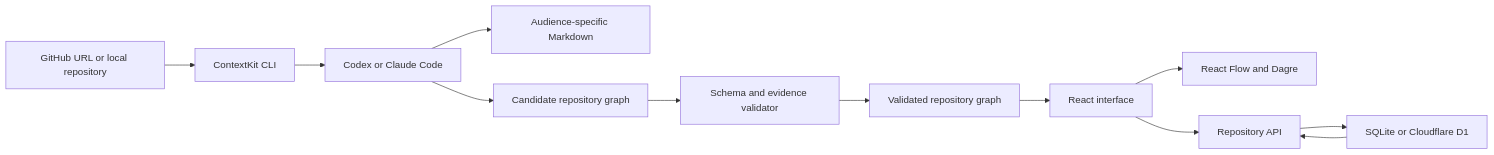
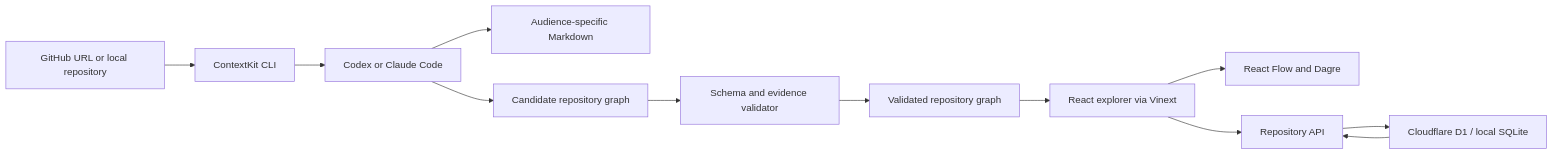
The diagram in README.md (nk-droid/contextkit), drawn with Mermaid before and after one commit. The commit also changed other lines of this file, not shown here.

````diff
--- a/README.md
+++ b/README.md
@@ -15,14 +15,14 @@
 ```mermaid
 graph LR
     source[GitHub URL or local repository] --> cli[ContextKit CLI]
     cli --> agent[Codex or Claude Code]
     agent --> documents[Audience-specific Markdown]
     agent --> candidate[Candidate repository graph]
     candidate --> validator[Schema and evidence validator]
     validator --> graphfile[Validated repository graph]
-    graphfile --> ui[React interface]
+    graphfile --> ui[React explorer via Vinext]
     ui --> renderer[React Flow and Dagre]
     ui --> api[Repository API]
-    api --> database[SQLite or Cloudflare D1]
+    api --> database[Cloudflare D1 / local SQLite]
     database --> api
 ```
````
